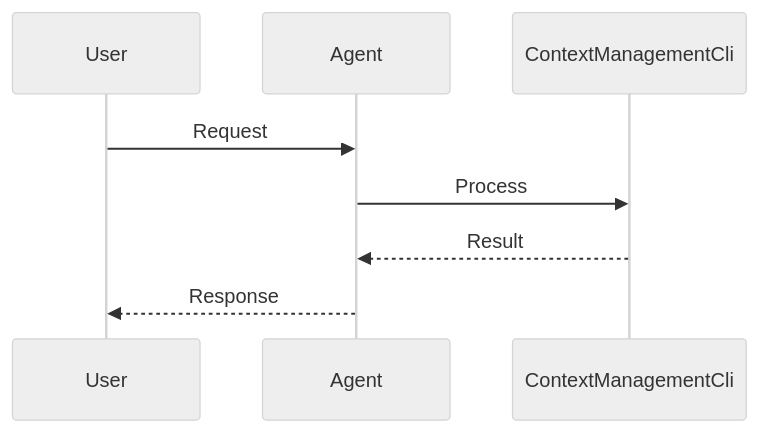
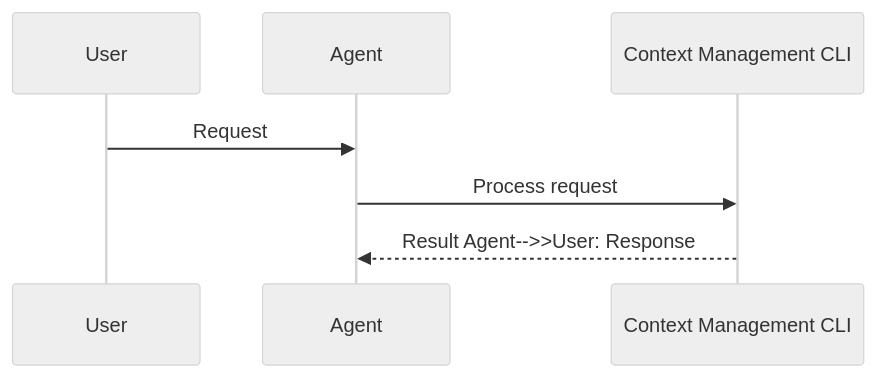
The second of 2 diagrams in docs/features/context-cli-reference.mdx (MervinPraison/PraisonAIDocs), drawn with Mermaid (neutral theme) before and after one commit. The commit also changed 204 other files, not shown here.

First line of the commit message:
docs: align feature/tool pages with AGENTS.md hero + sequence + import standards (fixes #1775)

````diff
--- a/docs/features/context-cli-reference.mdx
+++ b/docs/features/context-cli-reference.mdx
@@ -48,11 +48,10 @@
 ```mermaid
 sequenceDiagram
     participant User
     participant Agent
-    participant ContextManagementCli
+    participant Feature as Context Management CLI
 
     User->>Agent: Request
-    Agent->>ContextManagementCli: Process
-    ContextManagementCli-->>Agent: Result
-    Agent-->>User: Response
+    Agent->>Feature: Process request
+    Feature-->>Agent: Result    Agent-->>User: Response
 ```
````
